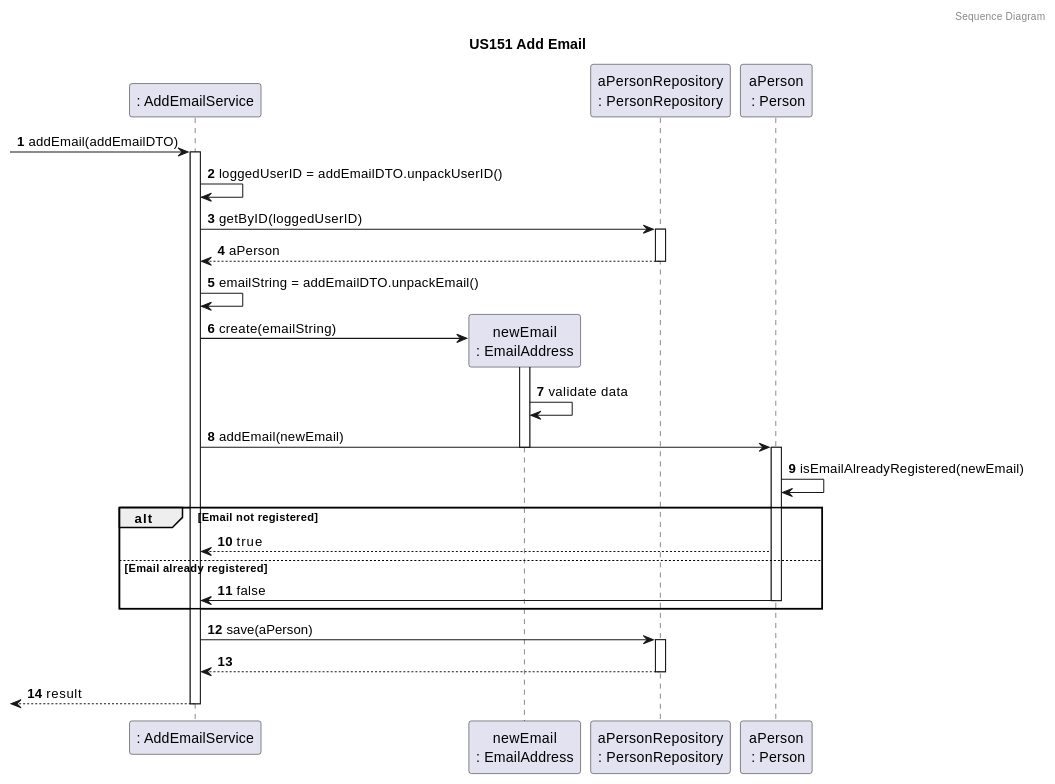
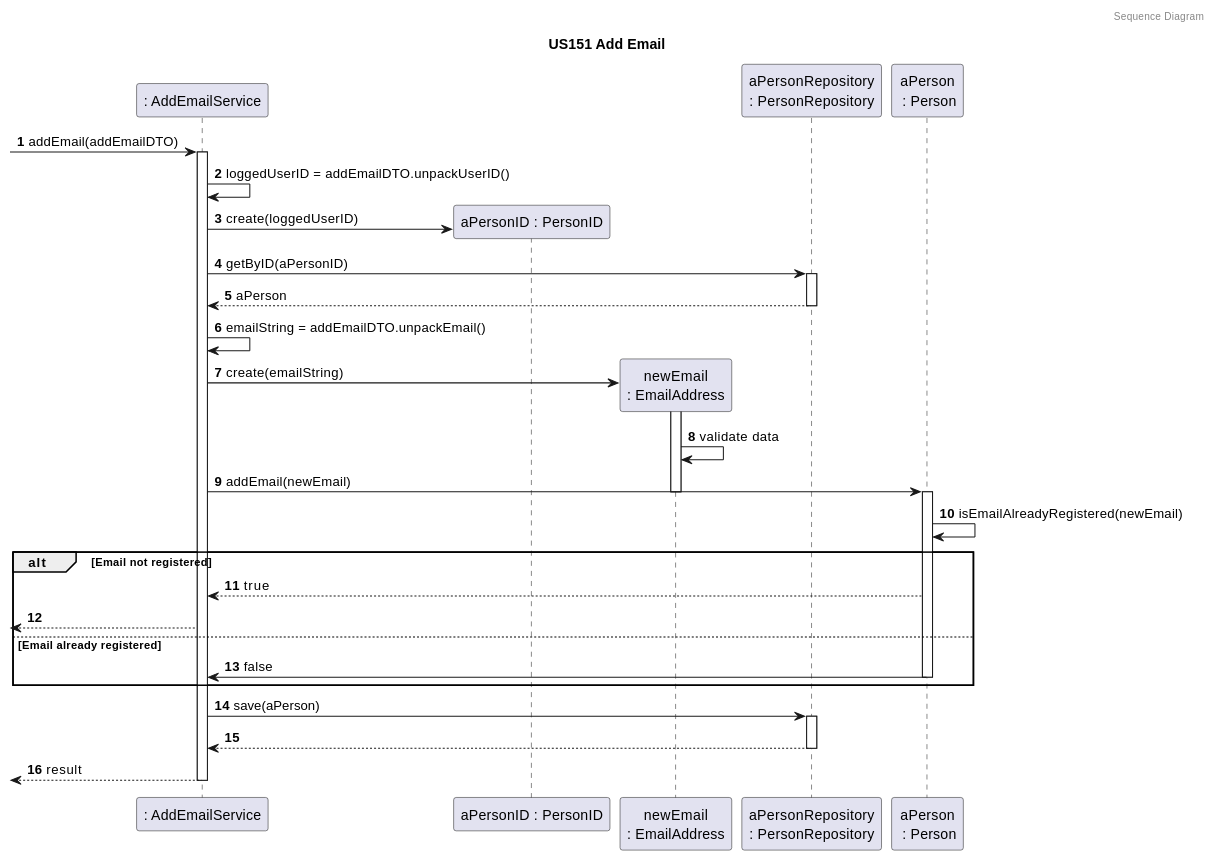
The fourth of 4 diagrams in docs/sprint4/user_stories/US151_AddEmail.md (tomas-osswald/switch_2020_g3), drawn with PlantUML before and after one commit. The commit also changed other lines of this file and 4 other files, not shown here.

`````diff
--- a/docs/sprint4/user_stories/US151_AddEmail.md
+++ b/docs/sprint4/user_stories/US151_AddEmail.md
@@ -201,51 +201,54 @@
 ````puml
 @startuml
 
 autonumber
 header Sequence Diagram
 title US151 Add Email
 
 
 participant ": AddEmailService" as service
+participant "aPersonID : PersonID" as personid
 participant "newEmail\n: EmailAddress" as email
 participant "aPersonRepository\n: PersonRepository" as prepository
 participant "aPerson\n : Person" as person
 
 -> service : addEmail(addEmailDTO)
 activate service
 
 service -> service : loggedUserID = addEmailDTO.unpackUserID()
+service -> personid** : create(loggedUserID)
 
-service -> prepository : getByID(loggedUserID)
+service -> prepository : getByID(aPersonID)
 activate prepository
 return aPerson
 
 service -> service : emailString = addEmailDTO.unpackEmail()
 service -> email** : create(emailString)
 activate email
 email -> email : validate data
 
 service -> person: addEmail(newEmail)
 deactivate email
 activate person
 person -> person: isEmailAlreadyRegistered(newEmail)
 
 alt Email not registered
 
 person --> service: true
+<-- service:
 
 else Email already registered
 
 person -> service: false
 deactivate person
 
 end
 
 service -> prepository : save(aPerson)
 activate prepository
 return
 
 return result
 deactivate service
 @enduml
 ````
`````
